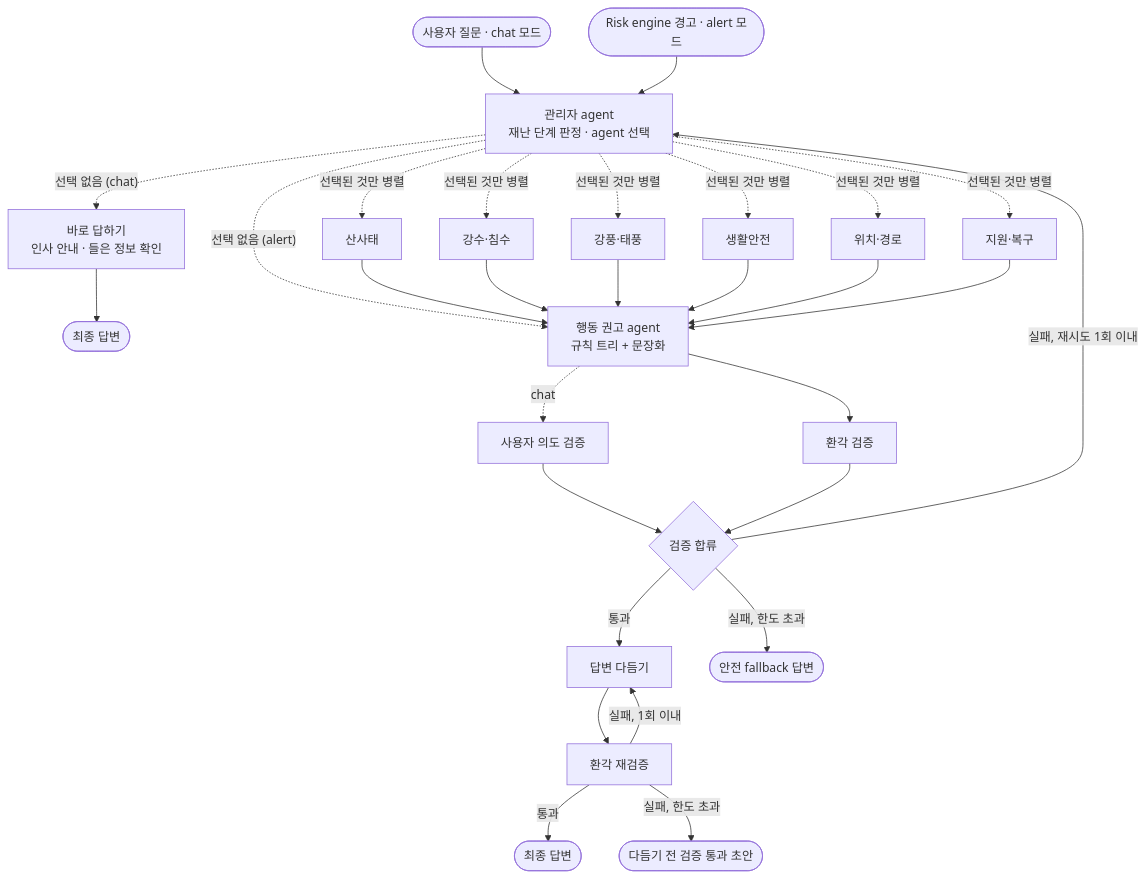
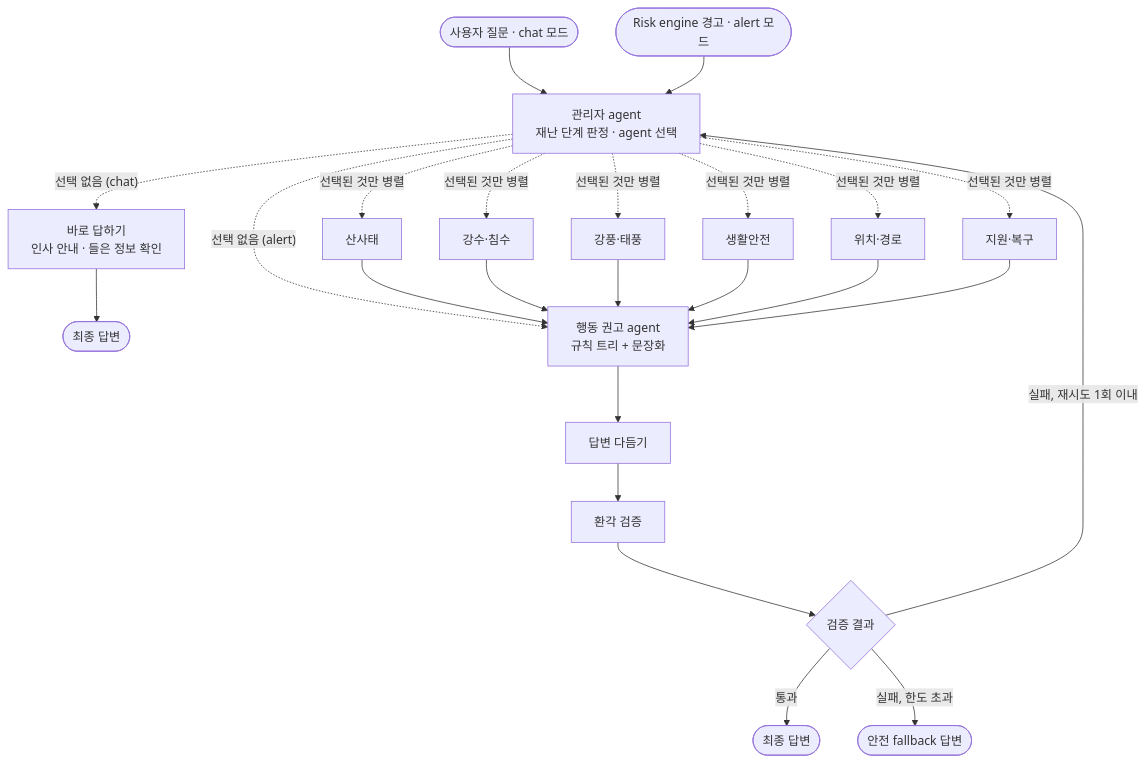
Before and after one commit to kimking73/guryongpo-safety-agent: the first of 2 diagrams in ai/docs/agent-design.md, drawn with Mermaid. The commit also changed other lines of this file and 23 other files, not shown here.

````diff
--- a/ai/docs/agent-design.md
+++ b/ai/docs/agent-design.md
@@ -12,20 +12,16 @@
 ```mermaid
 flowchart TD
     IN([사용자 질문 · chat 모드]) --> M
     EV([Risk engine 경고 · alert 모드]) --> M
     M[관리자 agent<br/>재난 단계 판정 · agent 선택]
     M -. 선택된 것만 병렬 .-> L[산사태] & R[강수·침수] & W[강풍·태풍] & S[생활안전] & P[위치·경로] & RS[지원·복구]
     M -. 선택 없음 (chat) .-> D[바로 답하기<br/>인사 안내 · 들은 정보 확인] --> OUT0([최종 답변])
     M -. 선택 없음 (alert) .-> A
     L & R & W & S & P & RS --> A[행동 권고 agent<br/>규칙 트리 + 문장화]
-    A -. chat .-> I[사용자 의도 검증]
-    A --> H[환각 검증]
-    I & H --> G{검증 합류}
-    G -- 통과 --> PO[답변 다듬기]
+    A --> PO[답변 다듬기]
+    PO --> H[환각 검증]
+    H --> G{검증 결과}
+    G -- 통과 --> OUT([최종 답변])
     G -- 실패, 재시도 1회 이내 --> M
     G -- 실패, 한도 초과 --> FB([안전 fallback 답변])
-    PO --> H2[환각 재검증]
-    H2 -- 통과 --> OUT([최종 답변])
-    H2 -- 실패, 1회 이내 --> PO
-    H2 -- 실패, 한도 초과 --> OUT2([다듬기 전 검증 통과 초안])
 ```
````
